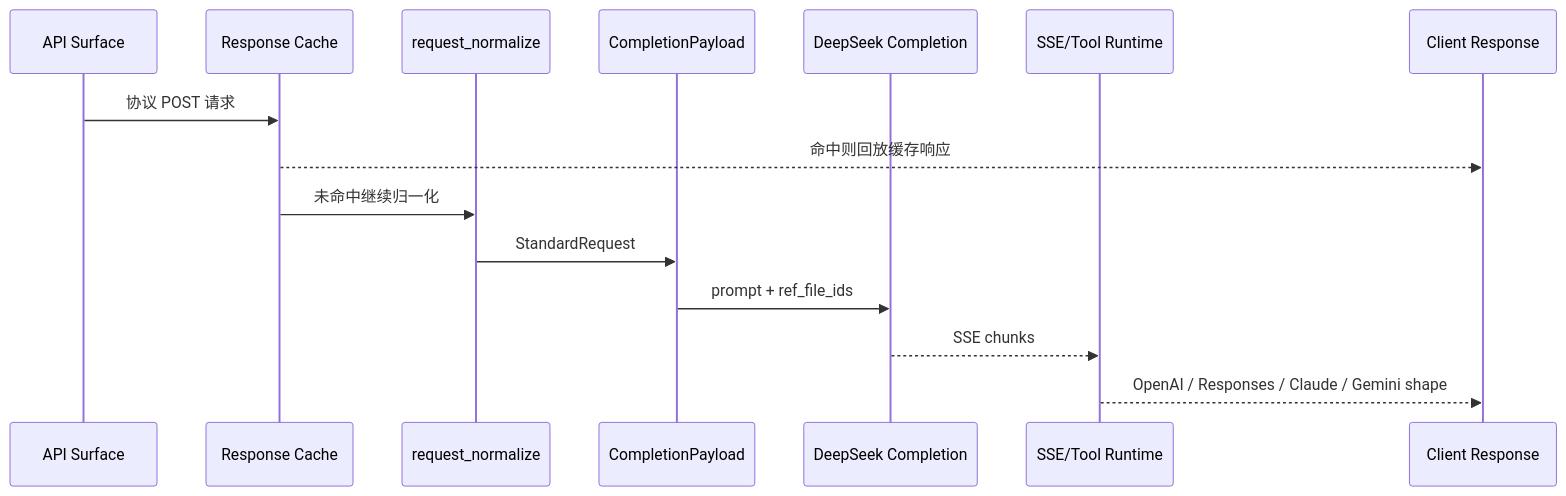
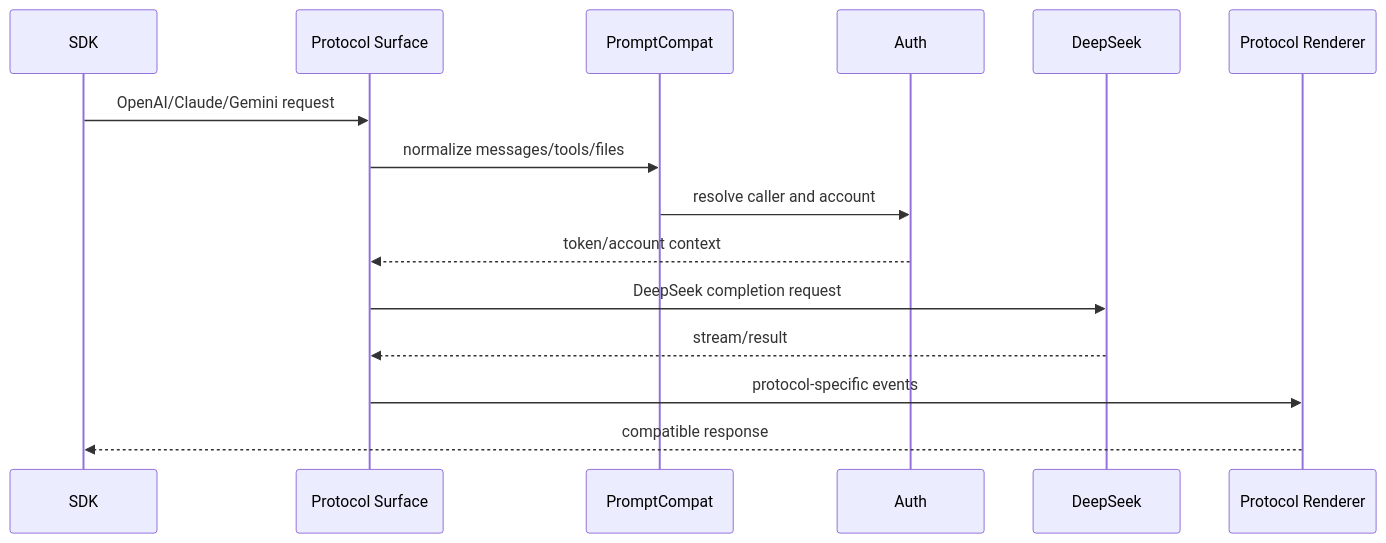
Before and after one commit to marklove5102/DeepSeek_Web_To_API: the second of 2 diagrams in docs/API Compatibility System/API Compatibility System.md, drawn with Mermaid. The commit also changed other lines of this file and 27 other files, not shown here.

````diff
--- a/docs/API Compatibility System/API Compatibility System.md
+++ b/docs/API Compatibility System/API Compatibility System.md
@@ -103,17 +86,17 @@
 ```mermaid
 sequenceDiagram
-participant Surface as API Surface
-participant Cache as Response Cache
-participant Normalize as request_normalize
-participant Payload as CompletionPayload
-participant Upstream as DeepSeek Completion
-participant Runtime as SSE/Tool Runtime
-participant Client as Client Response
-Surface->>Cache: 协议 POST 请求
-Cache-->>Client: 命中则回放缓存响应
-Cache->>Normalize: 未命中继续归一化
-Normalize->>Payload: StandardRequest
-Payload->>Upstream: prompt + ref_file_ids
-Upstream-->>Runtime: SSE chunks
-Runtime-->>Client: OpenAI / Responses / Claude / Gemini shape
+participant SDK as SDK
+participant Surface as Protocol Surface
+participant Compat as PromptCompat
+participant Auth as Auth
+participant DS as DeepSeek
+participant Render as Protocol Renderer
+SDK->>Surface: OpenAI/Claude/Gemini request
+Surface->>Compat: normalize messages/tools/files
+Compat->>Auth: resolve caller and account
+Auth-->>Surface: token/account context
+Surface->>DS: DeepSeek completion request
+DS-->>Surface: stream/result
+Surface->>Render: protocol-specific events
+Render-->>SDK: compatible response
 ```
````
